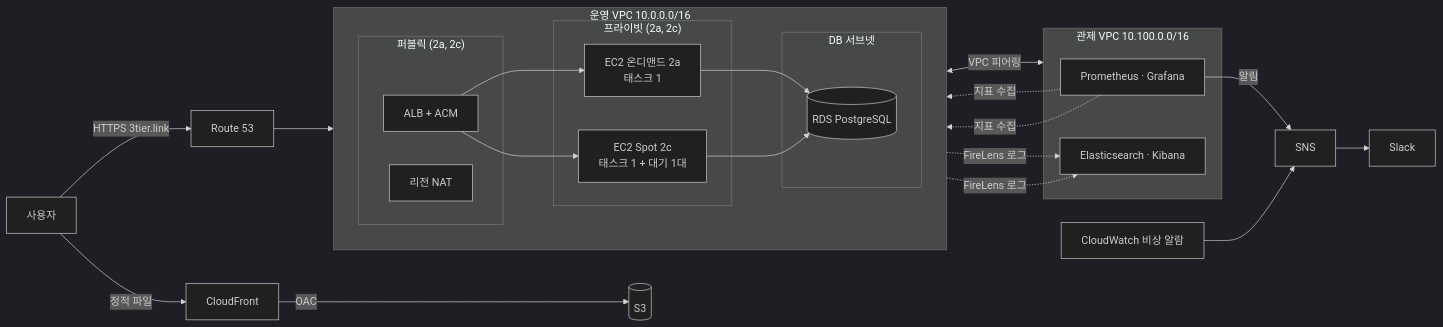
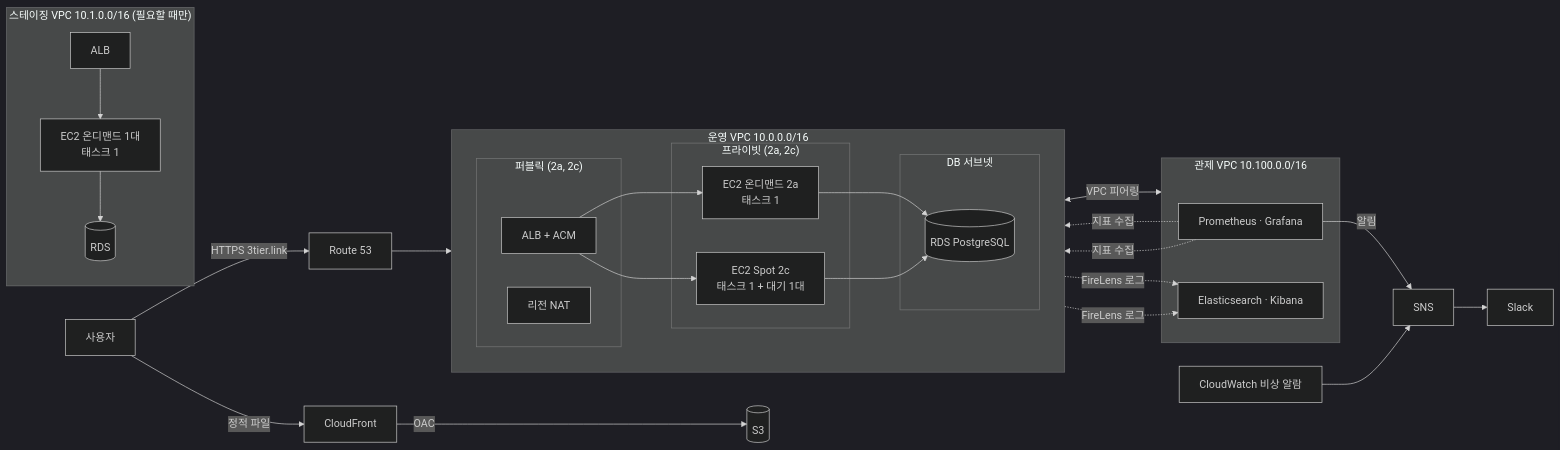
The diagram in README.md (DDongHyun00/3-tier-terraform-ecs), drawn with Mermaid (dark theme) before and after one commit. The commit also changed other lines of this file and 2 other files, not shown here.

Commit message:
아키텍처 그림에 스테이징 VPC를 넣고, 관제↔스테이징 피어링이 없다는 것을 문서에 바로잡음 (#49)
DEC-40은 피어링 2개로 설계했지만 코드에는 관제↔운영 1개만 있다.

````diff
--- a/README.md
+++ b/README.md
@@ -24,34 +24,38 @@
 ```mermaid
 flowchart LR
     U[사용자] -->|HTTPS 3tier.link| R53[Route 53]
     R53 --> ALB
     U -->|정적 파일| CF[CloudFront] -->|OAC| S3[(S3)]
 
     subgraph PROD["운영 VPC 10.0.0.0/16"]
         direction LR
         subgraph PUB["퍼블릭 (2a, 2c)"]
             ALB[ALB + ACM]
             NAT[리전 NAT]
         end
         subgraph PRIV["프라이빗 (2a, 2c)"]
             OD[EC2 온디맨드 2a<br/>태스크 1]
             SP[EC2 Spot 2c<br/>태스크 1 + 대기 1대]
         end
         subgraph DBS["DB 서브넷"]
             RDS[(RDS PostgreSQL)]
         end
     end
 
     subgraph MON["관제 VPC 10.100.0.0/16"]
         PG[Prometheus · Grafana]
         ELK[Elasticsearch · Kibana]
     end
 
+    subgraph STG["스테이징 VPC 10.1.0.0/16 (필요할 때만)"]
+        SALB[ALB] --> SEC[EC2 온디맨드 1대<br/>태스크 1] --> SRDS[(RDS)]
+    end
+
     ALB --> OD & SP
     OD & SP --> RDS
     OD & SP -.->|FireLens 로그| ELK
     PG -.->|지표 수집| OD & SP
     PROD <-->|VPC 피어링| MON
     PG -->|알림| SNS[SNS] --> SL[Slack]
     CW[CloudWatch 비상 알람] --> SNS
 ```
````
